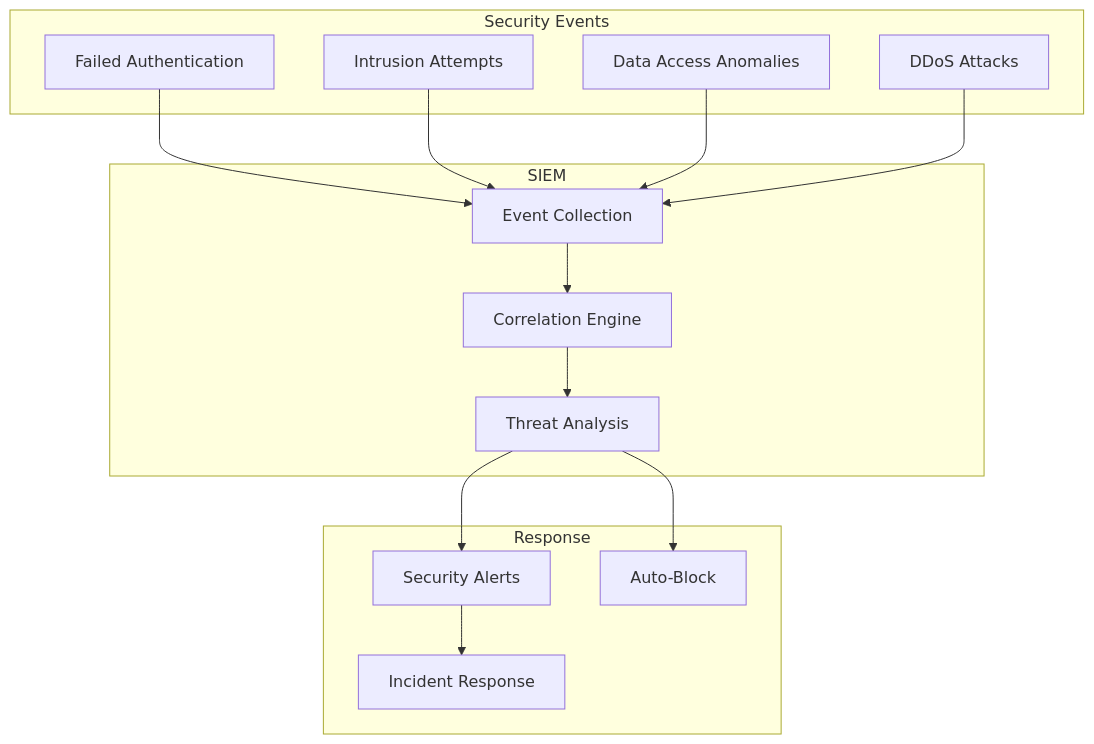
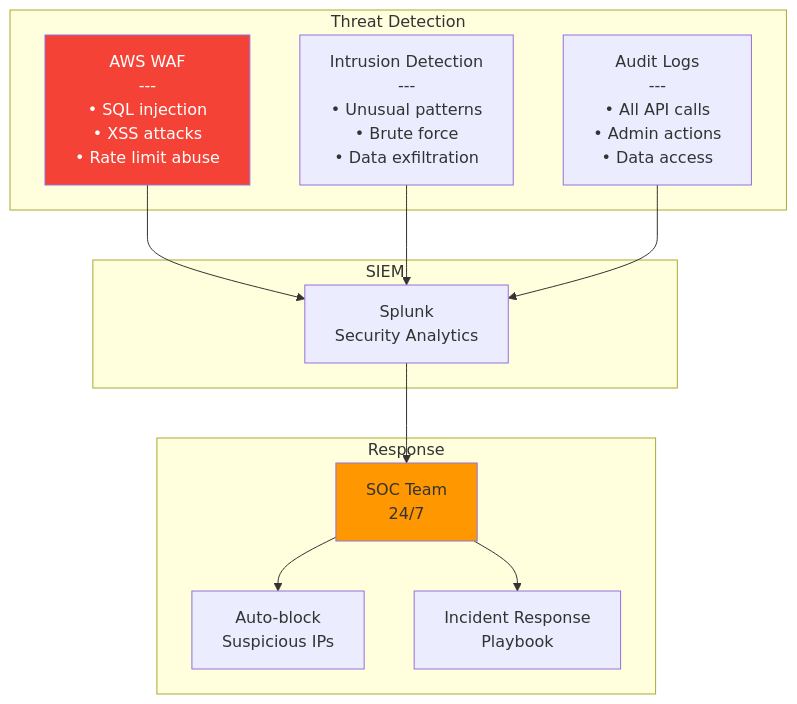
One commit to huuhoait/openbanking-vn-specs changed the tenth of 18 diagrams in 10-Van-hanh-va-NFR.md. Above: the diagram before and after it, drawn with Mermaid. The commit also changed other lines of this file and 14 other files, not shown here.

````diff
--- a/10-Van-hanh-va-NFR.md
+++ b/10-Van-hanh-va-NFR.md
@@ -348,33 +350,31 @@
 ```mermaid
 graph TB
-    subgraph "Security Events"
-        Auth[Failed Authentication]
-        Intrusion[Intrusion Attempts]
-        DataBreach[Data Access Anomalies]
-        DDoS[DDoS Attacks]
+    subgraph "Threat Detection"
+        WAF[AWS WAF<br/>---<br/>• SQL injection<br/>• XSS attacks<br/>• Rate limit abuse]
+        
+        IDS[Intrusion Detection<br/>---<br/>• Unusual patterns<br/>• Brute force<br/>• Data exfiltration]
+        
+        Audit[Audit Logs<br/>---<br/>• All API calls<br/>• Admin actions<br/>• Data access]
     end
     
     subgraph "SIEM"
-        Collect[Event Collection]
-        Correlate[Correlation Engine]
-        Analyze[Threat Analysis]
+        Splunk[Splunk<br/>Security Analytics]
     end
     
     subgraph "Response"
-        Alert[Security Alerts]
-        Block[Auto-Block]
-        Incident[Incident Response]
+        SOC[SOC Team<br/>24/7]
+        Block[Auto-block<br/>Suspicious IPs]
+        Incident[Incident Response<br/>Playbook]
     end
     
-    Auth --> Collect
-    Intrusion --> Collect
-    DataBreach --> Collect
-    DDoS --> Collect
+    WAF --> Splunk
+    IDS --> Splunk
+    Audit --> Splunk
     
-    Collect --> Correlate
-    Correlate --> Analyze
+    Splunk --> SOC
+    SOC --> Block
+    SOC --> Incident
     
-    Analyze --> Alert
-    Analyze --> Block
-    Alert --> Incident
+    style WAF fill:#f44336,color:#fff
+    style SOC fill:#ff9800
 ```
````
